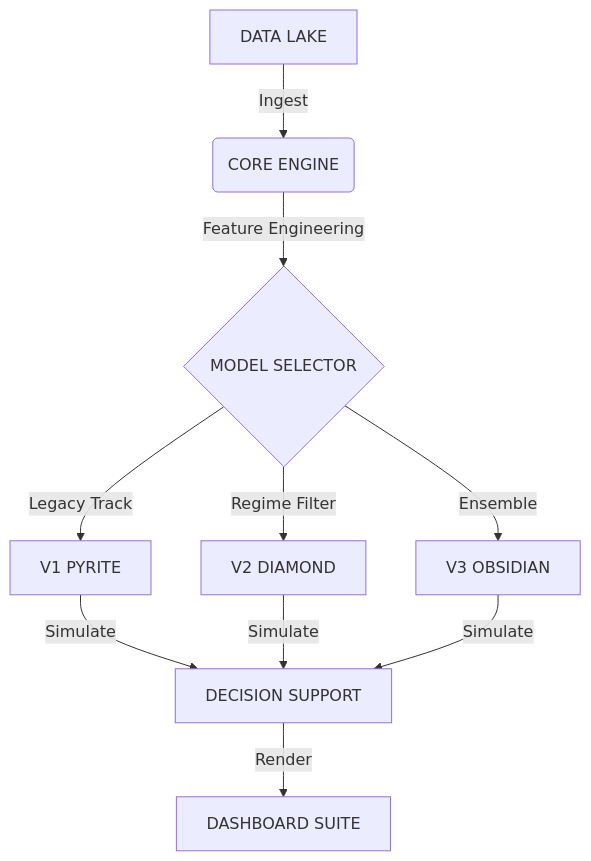
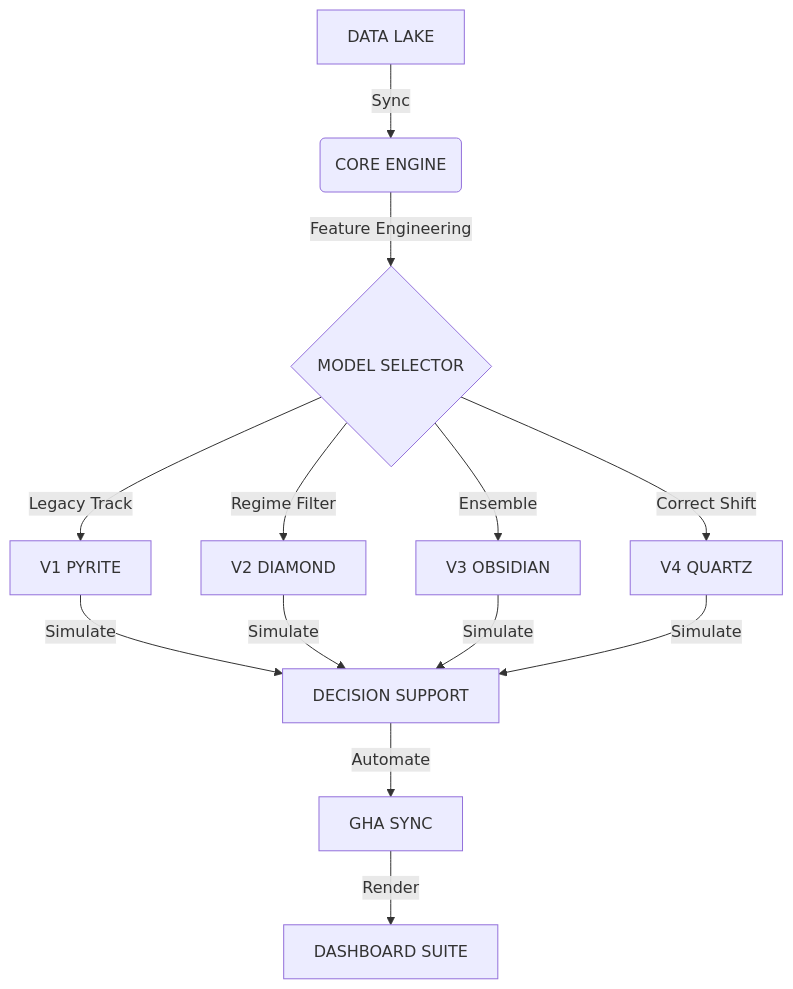
Before and after one commit to Ducky705/XGBoost-Sniper: the diagram in README.md, drawn with Mermaid. The commit also changed other lines of this file and 36 other files, not shown here.

Commit message:
💎 Institutional Overhaul: V4 Quartz Quantum Sniper & Dynamic Alphas [Automated Sync]

````diff
--- a/README.md
+++ b/README.md
@@ -55,10 +62,12 @@
 ```mermaid
 graph TD
-    A[DATA LAKE] -->|Ingest| B(CORE ENGINE)
+    A[DATA LAKE] -->|Sync| B(CORE ENGINE)
     B -->|Feature Engineering| C{MODEL SELECTOR}
     C -->|Legacy Track| D[V1 PYRITE]
     C -->|Regime Filter| E[V2 DIAMOND]
     C -->|Ensemble| F[V3 OBSIDIAN]
-    D & E & F -->|Simulate| G[DECISION SUPPORT]
-    G -->|Render| H[DASHBOARD SUITE]
+    C -->|Correct Shift| Z[V4 QUARTZ]
+    D & E & F & Z -->|Simulate| G[DECISION SUPPORT]
+    G -->|Automate| AA[GHA SYNC]
+    AA -->|Render| H[DASHBOARD SUITE]
 ```
````
